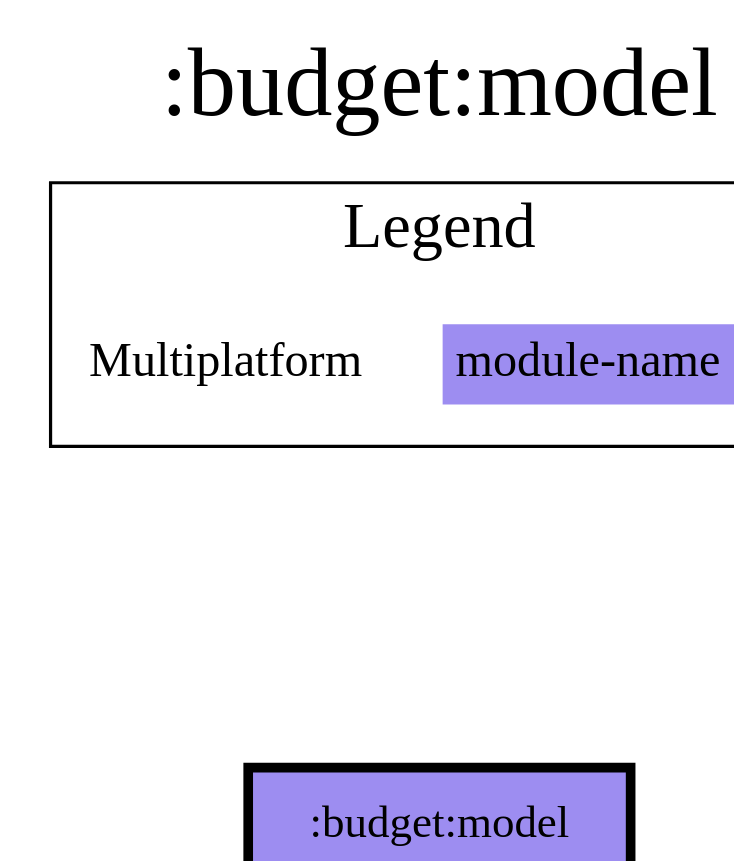
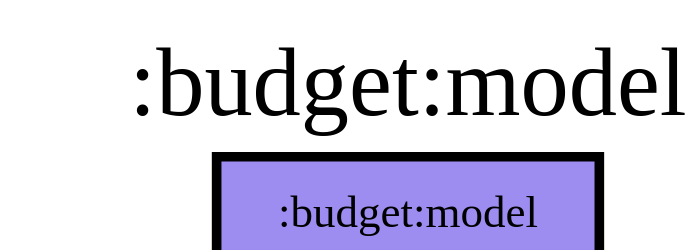
The diagram in modules/budget/model/modules.dot (jonapoul/aktual), drawn with Graphviz before and after one commit. The commit also changed 128 other files, not shown here.

```diff
--- a/modules/budget/model/modules.dot
+++ b/modules/budget/model/modules.dot
@@ -1,20 +1,11 @@
 digraph {
 edge ["dir"="forward"]
 graph ["dpi"="100","label"=":budget:model","labelloc"="t","fontsize"="30","ranksep"="1.5","rankdir"="TB"]
 node ["style"="filled"]
 ":budget:model" ["fillcolor"="#9D8DF1","color"="black","penwidth"="3","shape"="box"]
 {
 edge ["dir"="none"]
 graph ["rank"="same"]
 ":budget:model"
 }
-subgraph "cluster_legend" {
-edge ["dir"="none"]
-graph ["label"="Legend","fontsize"="20"]
-"Legend" ["style"="filled","fillcolor"="#FFFFFF","shape"="none","margin"="0","fontsize"="15","label"=<
-<TABLE BORDER="0" CELLBORDER="0" CELLSPACING="0" CELLPADDING="4">
-<TR><TD>Multiplatform</TD><TD BGCOLOR="#9D8DF1">module-name</TD></TR>
-</TABLE>
->]
-} -> ":budget:model" ["style"="invis"]
 }
```
